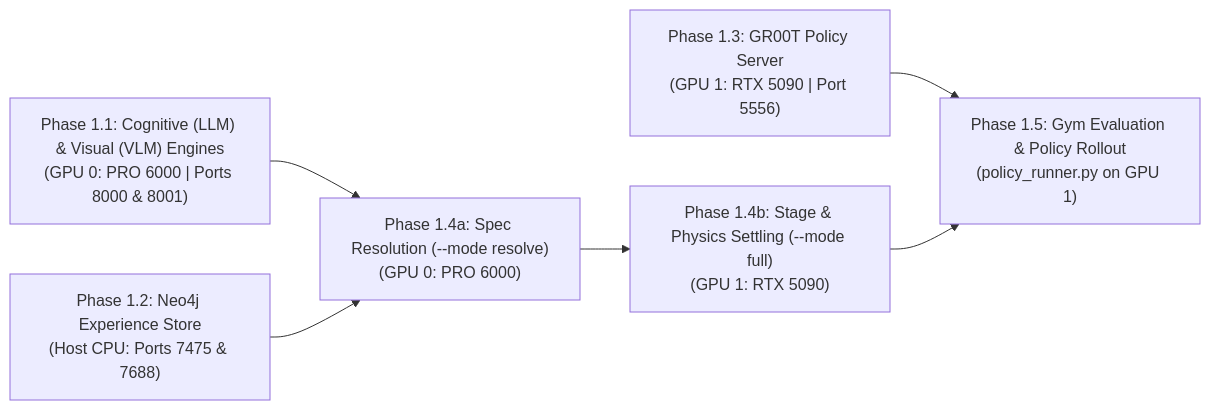
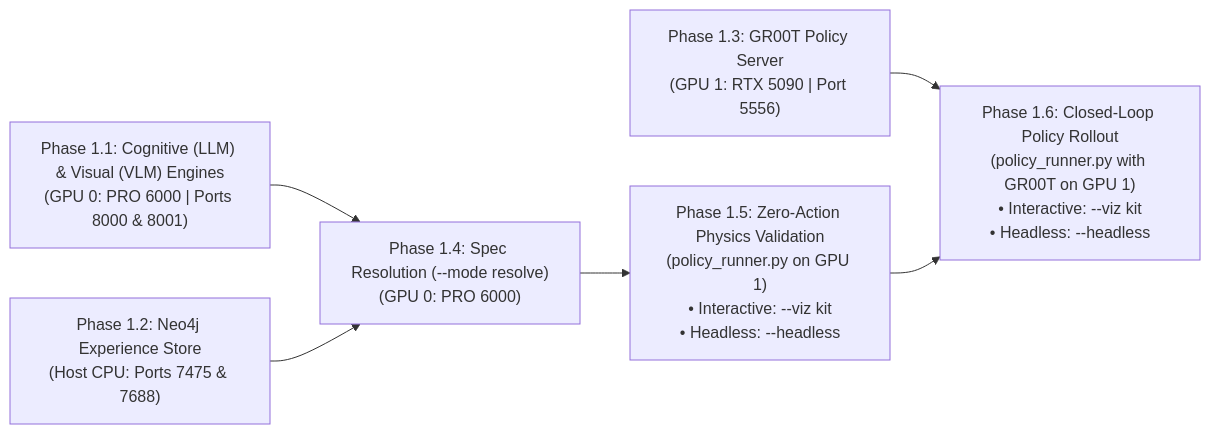
Before and after one commit to boredengineering/IsaacLab-Arena: the third of 3 diagrams in .agents/references/plans/local-inference/experiments.md, drawn with Mermaid. The commit also changed other lines of this file, not shown here.

````diff
--- a/.agents/references/plans/local-inference/experiments.md
+++ b/.agents/references/plans/local-inference/experiments.md
@@ -284,8 +432,8 @@
 ```mermaid
 flowchart LR
-    P1["Phase 1.1: Cognitive (LLM) & Visual (VLM) Engines<br/>(GPU 0: PRO 6000 | Ports 8000 & 8001)"] --> P4a["Phase 1.4a: Spec Resolution (--mode resolve)<br/>(GPU 0: PRO 6000)"]
-    P2["Phase 1.2: Neo4j Experience Store<br/>(Host CPU: Ports 7475 & 7688)"] --> P4a
-    P4a --> P4b["Phase 1.4b: Stage & Physics Settling (--mode full)<br/>(GPU 1: RTX 5090)"]
-    P3["Phase 1.3: GR00T Policy Server<br/>(GPU 1: RTX 5090 | Port 5556)"] --> P5["Phase 1.5: Gym Evaluation & Policy Rollout<br/>(policy_runner.py on GPU 1)"]
-    P4b --> P5
+    P1["Phase 1.1: Cognitive (LLM) & Visual (VLM) Engines<br/>(GPU 0: PRO 6000 | Ports 8000 & 8001)"] --> P4["Phase 1.4: Spec Resolution (--mode resolve)<br/>(GPU 0: PRO 6000)"]
+    P2["Phase 1.2: Neo4j Experience Store<br/>(Host CPU: Ports 7475 & 7688)"] --> P4
+    P4 --> P5["Phase 1.5: Zero-Action Physics Validation<br/>(policy_runner.py on GPU 1)<br/>• Interactive: --viz kit<br/>• Headless: --headless"]
+    P3["Phase 1.3: GR00T Policy Server<br/>(GPU 1: RTX 5090 | Port 5556)"] --> P6["Phase 1.6: Closed-Loop Policy Rollout<br/>(policy_runner.py with GR00T on GPU 1)<br/>• Interactive: --viz kit<br/>• Headless: --headless"]
+    P5 --> P6
 ```
````
